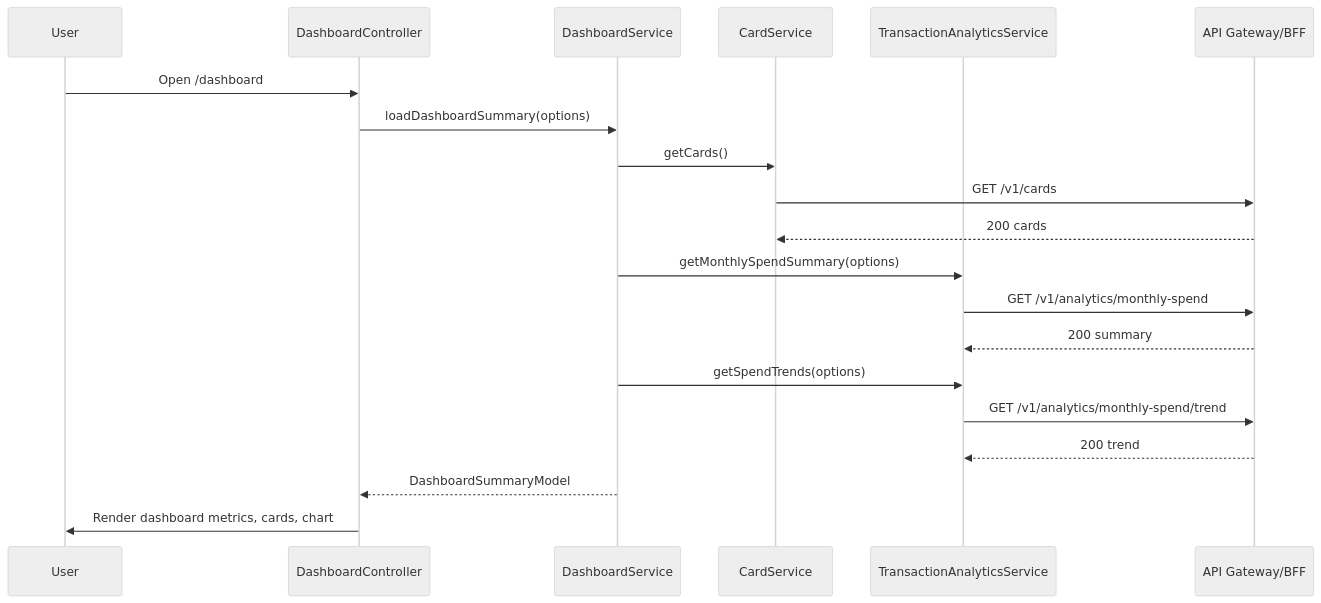
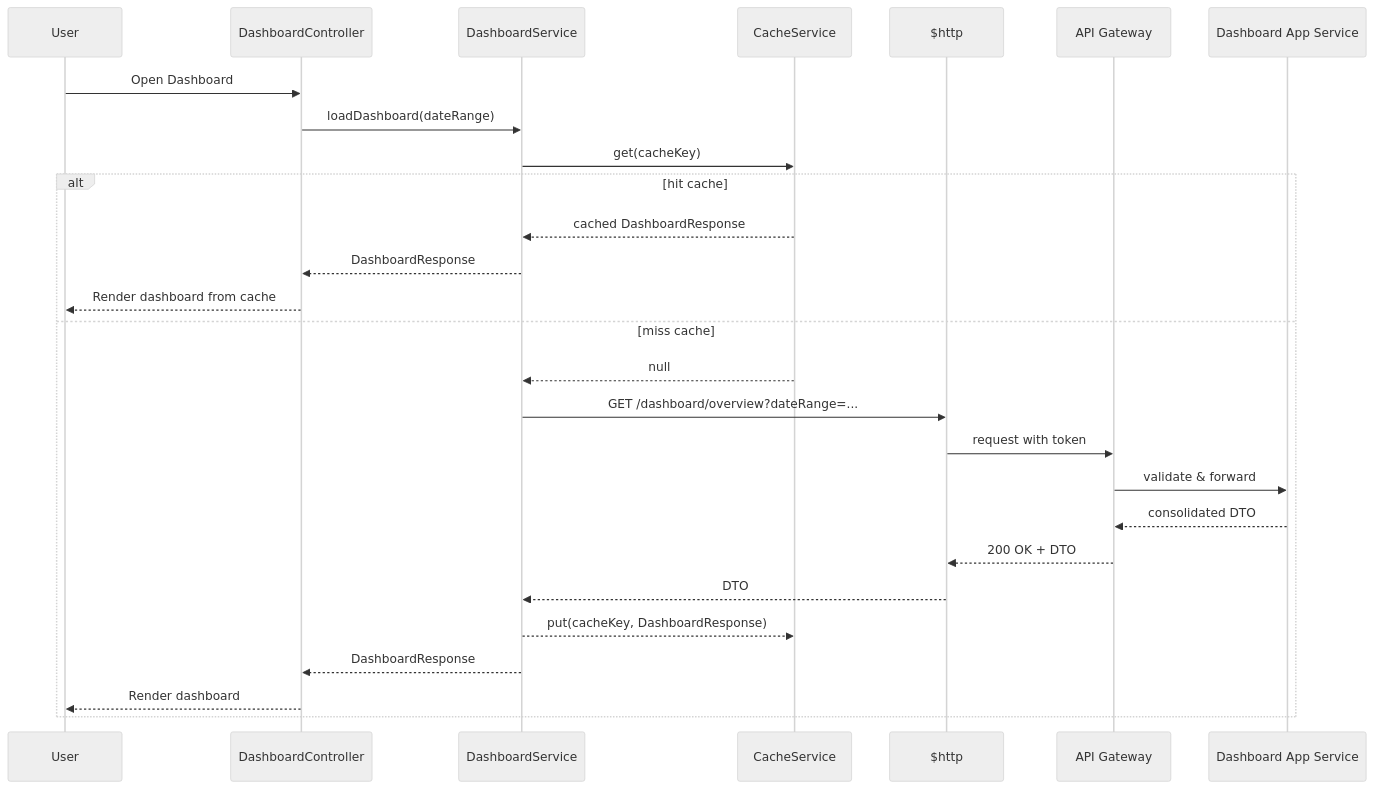
The second of 4 diagrams in LLD/QE-3689_LLD.md (Davamani-git/APB_Demo), drawn with Mermaid (neutral theme) before and after one commit. The commit also changed other lines of this file, not shown here.

````diff
--- a/LLD/QE-3689_LLD.md
+++ b/LLD/QE-3689_LLD.md
@@ -788,23 +785,30 @@
 ```mermaid
 sequenceDiagram
   participant U as User
-  participant VC as DashboardController
+  participant DC as DashboardController
   participant DS as DashboardService
-  participant CS as CardService
-  participant TAS as TransactionAnalyticsService
-  participant API as API Gateway/BFF
+  participant CA as CacheService
+  participant HTTP as $http
+  participant AG as API Gateway
+  participant DAS as Dashboard App Service
 
-  U->>VC: Open /dashboard
-  VC->>DS: loadDashboardSummary(options)
-  DS->>CS: getCards()
-  CS->>API: GET /v1/cards
-  API-->>CS: 200 cards
-  DS->>TAS: getMonthlySpendSummary(options)
-  TAS->>API: GET /v1/analytics/monthly-spend
-  API-->>TAS: 200 summary
-  DS->>TAS: getSpendTrends(options)
-  TAS->>API: GET /v1/analytics/monthly-spend/trend
-  API-->>TAS: 200 trend
-  DS-->>VC: DashboardSummaryModel
-  VC->>U: Render dashboard metrics, cards, chart
+  U->>DC: Open Dashboard
+  DC->>DS: loadDashboard(dateRange)
+  DS->>CA: get(cacheKey)
+  alt hit cache
+    CA-->>DS: cached DashboardResponse
+    DS-->>DC: DashboardResponse
+    DC-->>U: Render dashboard from cache
+  else miss cache
+    CA-->>DS: null
+    DS->>HTTP: GET /dashboard/overview?dateRange=...
+    HTTP->>AG: request with token
+    AG->>DAS: validate & forward
+    DAS-->>AG: consolidated DTO
+    AG-->>HTTP: 200 OK + DTO
+    HTTP-->>DS: DTO
+    DS-->>CA: put(cacheKey, DashboardResponse)
+    DS-->>DC: DashboardResponse
+    DC-->>U: Render dashboard
+  end
 ```
````
